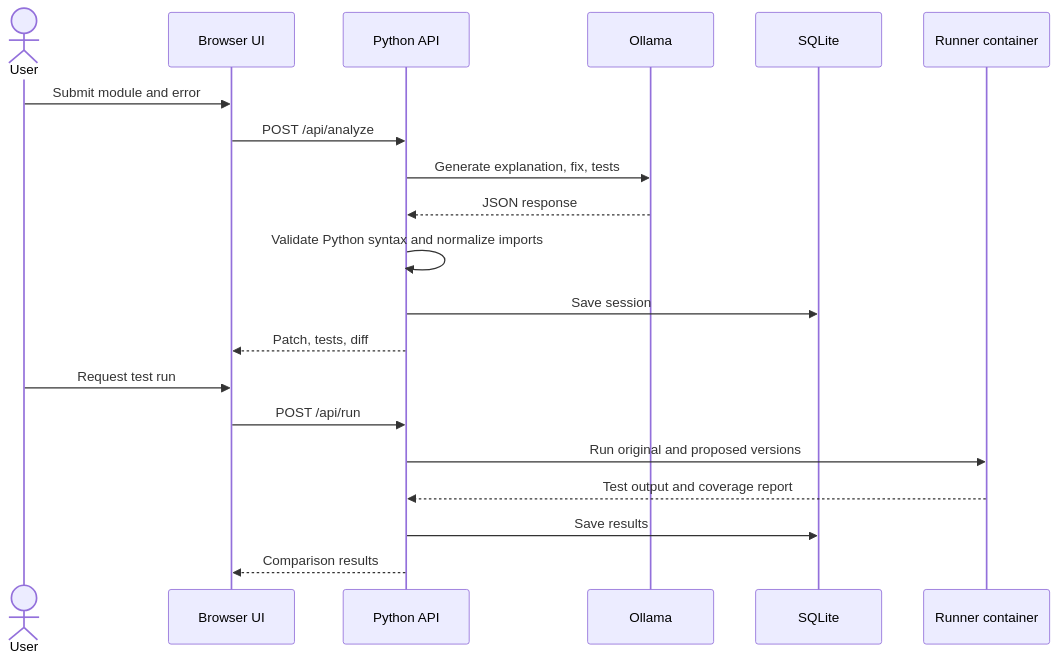
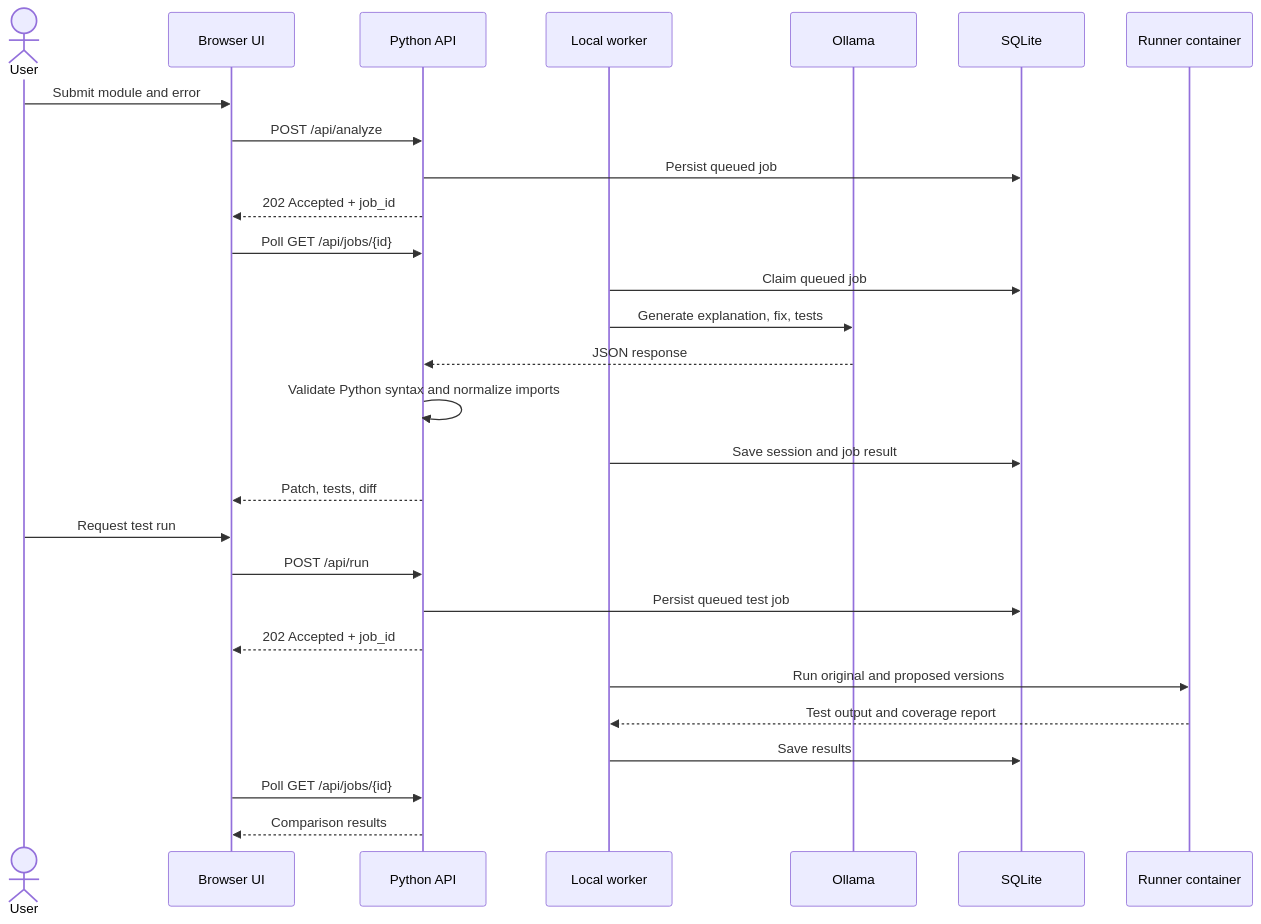
One commit to uniyal802/fixlab changed the diagram in docs/ARCHITECTURE.md. Above: the diagram before and after it, drawn with Mermaid. The commit also changed other lines of this file and 11 other files, not shown here.

First line of the commit message:
Add durable local background jobs

````diff
--- a/docs/ARCHITECTURE.md
+++ b/docs/ARCHITECTURE.md
@@ -14,22 +14,30 @@
 ```mermaid
 sequenceDiagram
     actor User
     participant UI as Browser UI
     participant API as Python API
+    participant Worker as Local worker
     participant Model as Ollama
     participant DB as SQLite
     participant Docker as Runner container
     User->>UI: Submit module and error
     UI->>API: POST /api/analyze
-    API->>Model: Generate explanation, fix, tests
+    API->>DB: Persist queued job
+    API-->>UI: 202 Accepted + job_id
+    UI->>API: Poll GET /api/jobs/{id}
+    Worker->>DB: Claim queued job
+    Worker->>Model: Generate explanation, fix, tests
     Model-->>API: JSON response
     API->>API: Validate Python syntax and normalize imports
-    API->>DB: Save session
+    Worker->>DB: Save session and job result
     API-->>UI: Patch, tests, diff
     User->>UI: Request test run
     UI->>API: POST /api/run
-    API->>Docker: Run original and proposed versions
-    Docker-->>API: Test output and coverage report
-    API->>DB: Save results
+    API->>DB: Persist queued test job
+    API-->>UI: 202 Accepted + job_id
+    Worker->>Docker: Run original and proposed versions
+    Docker-->>Worker: Test output and coverage report
+    Worker->>DB: Save results
+    UI->>API: Poll GET /api/jobs/{id}
     API-->>UI: Comparison results
 ```
````
